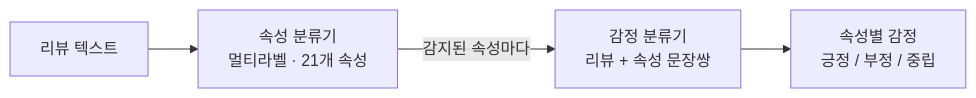
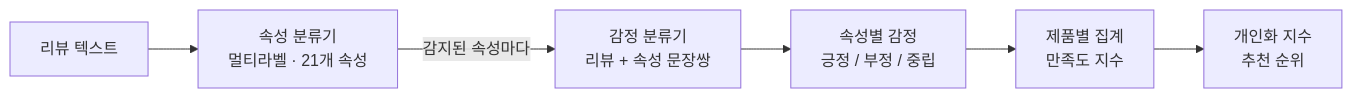
One commit to seoyunkim129/korean-cosmetic-absa changed the diagram in README.md. Above: the diagram before and after it, drawn with Mermaid. The commit also changed other lines of this file, not shown here.

Commit message:
README: 만족도 지수·개인화 추천, 웹 데모, 재현 방법, 실제 성능 검증 계획 추가

````diff
--- a/README.md
+++ b/README.md
@@ -33,6 +36,8 @@
 ```mermaid
 flowchart LR
     A[리뷰 텍스트] --> B[속성 분류기<br/>멀티라벨 · 21개 속성]
     B -->|감지된 속성마다| C[감정 분류기<br/>리뷰 + 속성 문장쌍]
     C --> D[속성별 감정<br/>긍정 / 부정 / 중립]
+    D --> E[제품별 집계<br/>만족도 지수]
+    E --> F[개인화 지수<br/>추천 순위]
 ```
````
